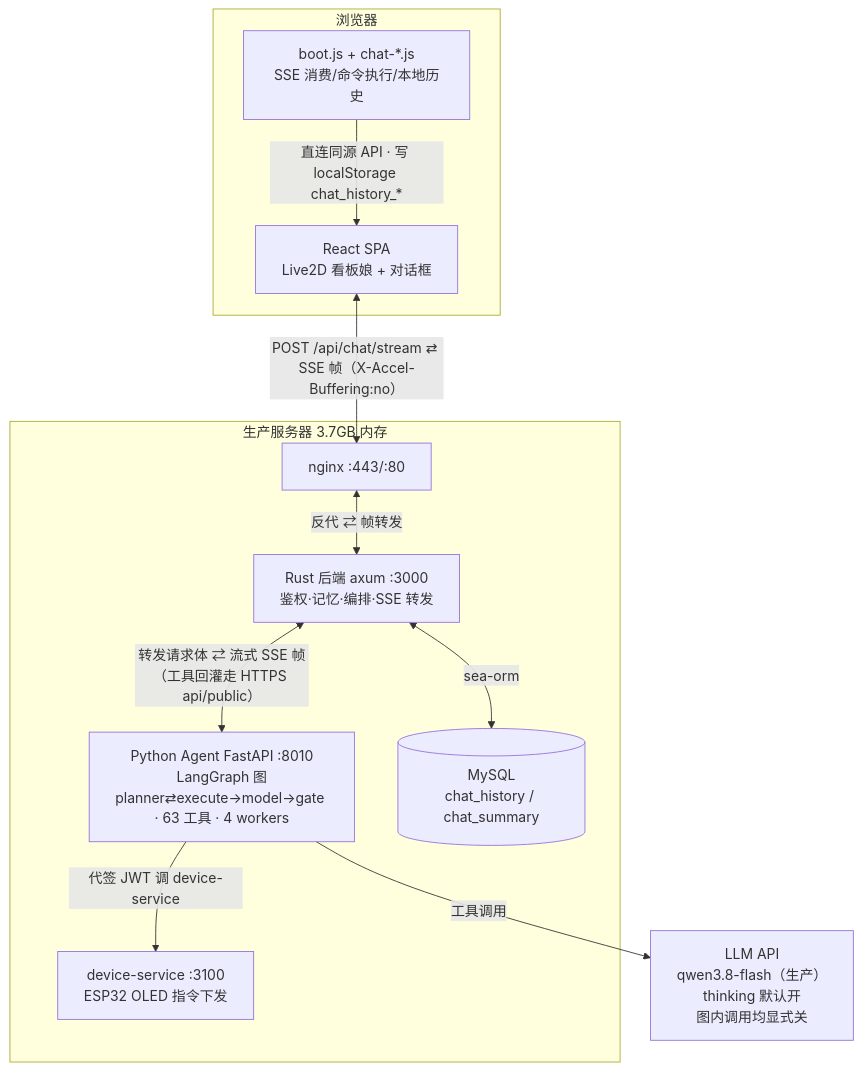
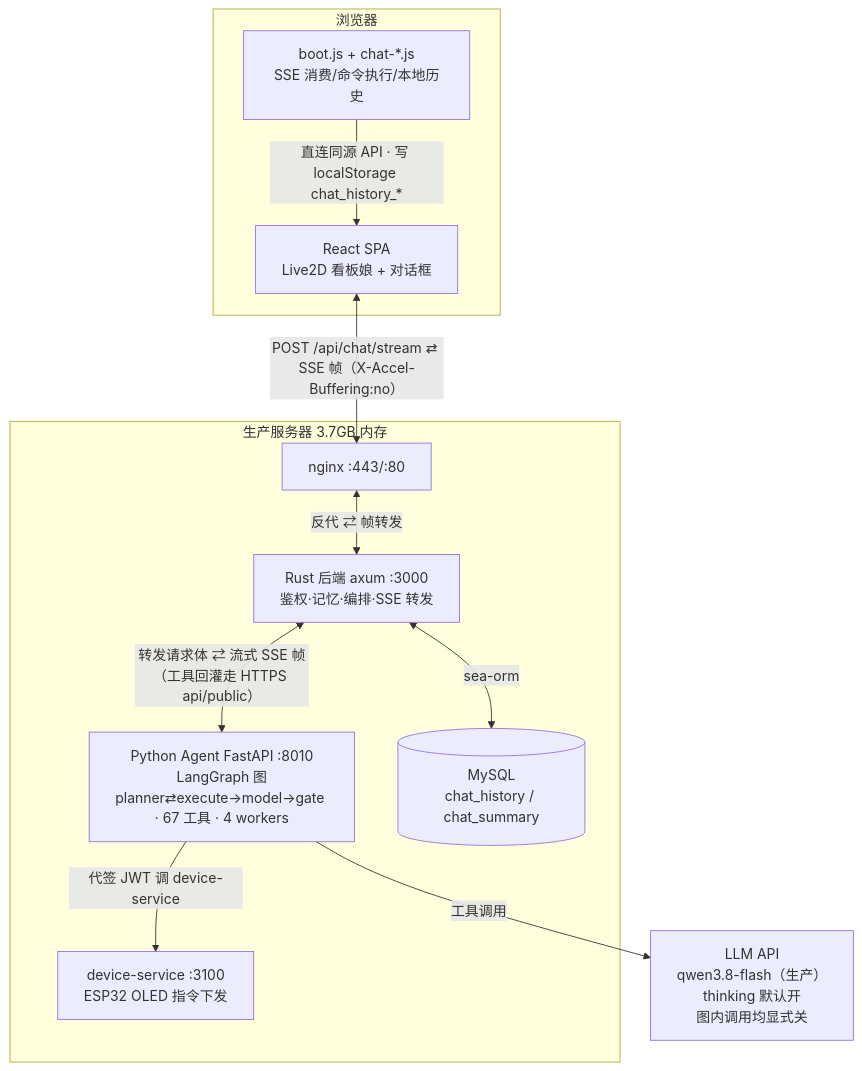
The first of 5 diagrams in docs/agent-architecture.md (BigLeopardCat/saudade-blog-agent), drawn with Mermaid before and after one commit. The commit also changed other lines of this file and 1 other file, not shown here.

````diff
--- a/docs/agent-architecture.md
+++ b/docs/agent-architecture.md
@@ -23,25 +23,25 @@
 ```mermaid
 flowchart TB
     subgraph Browser[浏览器]
         UI[React SPA<br/>Live2D 看板娘 + 对话框]
         AJS[boot.js + chat-*.js<br/>SSE 消费/命令执行/本地历史]
     end
 
     subgraph Server[生产服务器 3.7GB 内存]
         NGX[nginx :443/:80]
         RUST[Rust 后端 axum :3000<br/>鉴权·记忆·编排·SSE 转发]
-        AGT[Python Agent FastAPI :8010<br/>LangGraph 图<br/>planner⇄execute→model→gate · 63 工具 · 4 workers]
+        AGT[Python Agent FastAPI :8010<br/>LangGraph 图<br/>planner⇄execute→model→gate · 67 工具 · 4 workers]
         MYSQL[(MySQL<br/>chat_history / chat_summary)]
         DEV[device-service :3100<br/>ESP32 OLED 指令下发]
     end
 
     LLM[LLM API<br/>qwen3.8-flash（生产）<br/>thinking 默认开<br/>图内调用均显式关]
 
     UI <-->|"POST /api/chat/stream ⇄ SSE 帧（X-Accel-Buffering:no）"| NGX
     NGX <-->|"反代 ⇄ 帧转发"| RUST
     RUST <-->|"转发请求体 ⇄ 流式 SSE 帧<br/>（工具回灌走 HTTPS api/public）"| AGT
     AJS -->|"直连同源 API · 写 localStorage chat_history_*"| UI
     RUST <-->|sea-orm| MYSQL
     AGT -->|工具调用| LLM
     AGT -->|代签 JWT 调 device-service| DEV
 ```
````
